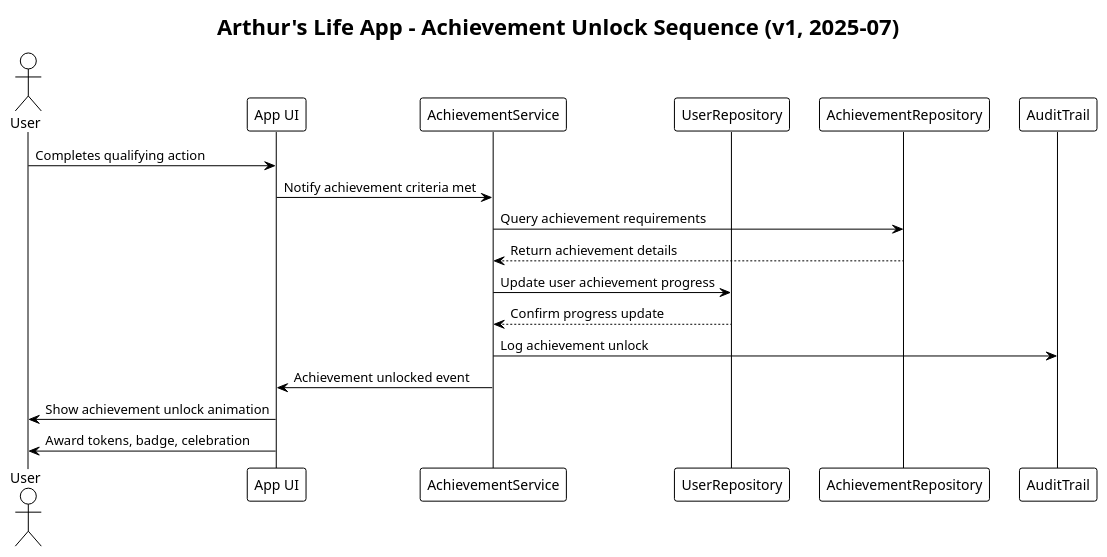
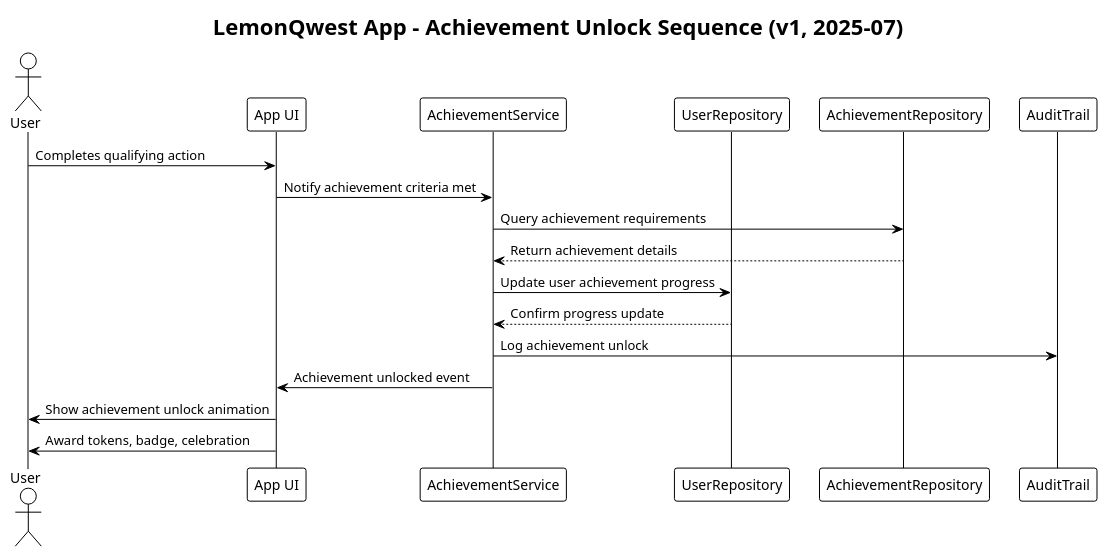
Before and after one commit to almeidaraphael/arthurs-life-app: the diagram in docs/diagrams/achievement-unlock-sequence.puml, drawn with PlantUML. The commit also changed 705 other files, not shown here.

```diff
--- a/docs/diagrams/achievement-unlock-sequence.puml
+++ b/docs/diagrams/achievement-unlock-sequence.puml
@@ -1,23 +1,23 @@
 @startuml achievement-unlock-sequence
 !theme plain
 
-title Arthur's Life App - Achievement Unlock Sequence (v1, 2025-07)
+title LemonQwest App - Achievement Unlock Sequence (v1, 2025-07)
 
 actor User
 participant "App UI" as UI
 participant "AchievementService" as Service
 participant "UserRepository" as Repo
 participant "AchievementRepository" as AchRepo
 participant "AuditTrail" as Audit
 
 User -> UI : Completes qualifying action
 UI -> Service : Notify achievement criteria met
 Service -> AchRepo : Query achievement requirements
 AchRepo --> Service : Return achievement details
 Service -> Repo : Update user achievement progress
 Repo --> Service : Confirm progress update
 Service -> Audit : Log achievement unlock
 Service -> UI : Achievement unlocked event
 UI -> User : Show achievement unlock animation
 UI -> User : Award tokens, badge, celebration
 @enduml
```
